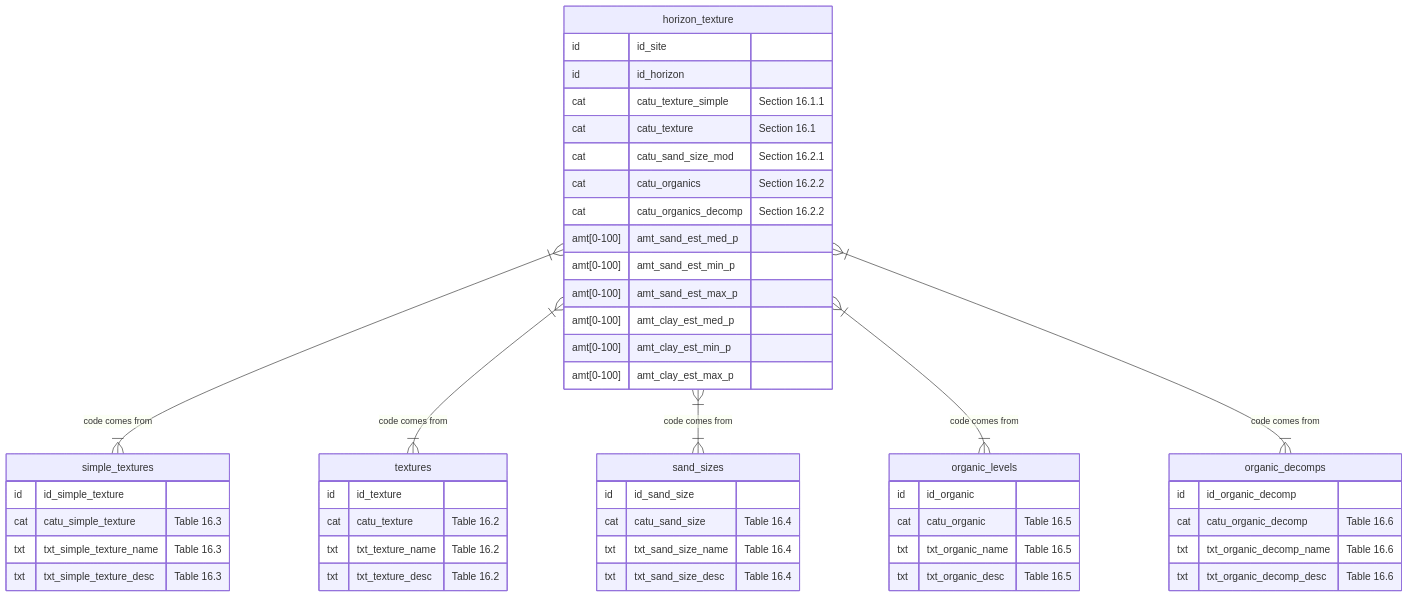
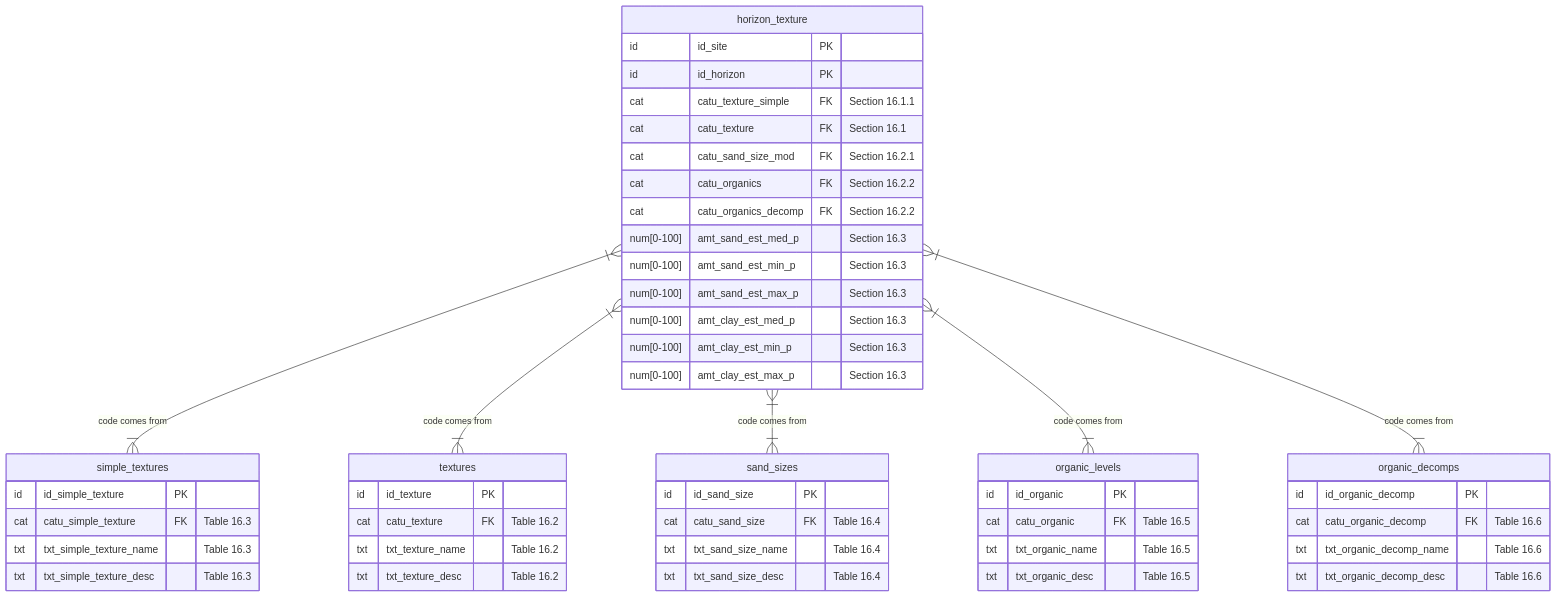
Diagram 15 of 25 in ap_03_database_design.qmd (manaakiwhenua/NZ_soildesc_2024), drawn with Mermaid before and after one commit. The commit also changed other lines of this file, not shown here.

````diff
--- a/ap_03_database_design.qmd
+++ b/ap_03_database_design.qmd
@@ -1061,62 +1071,62 @@
 ```{mermaid}
 %%| fig-cap: "Horizon colour - Details"
 
 %%{ init: { 'er': { 'layoutDirection': 'LR' } } }%%
 erDiagram
   horizon_texture }|--|{ simple_textures : "code comes from"
   horizon_texture }|--|{ textures : "code comes from"
   horizon_texture }|--|{ sand_sizes : "code comes from"
   horizon_texture }|--|{ organic_levels : "code comes from"
   horizon_texture }|--|{ organic_decomps : "code comes from"
   
   horizon_texture {
-    id          id_site
-    id          id_horizon
-    cat         catu_texture_simple     "Section 16.1.1"
-    cat         catu_texture            "Section 16.1"
-    cat         catu_sand_size_mod      "Section 16.2.1"
-    cat         catu_organics           "Section 16.2.2"
-    cat         catu_organics_decomp    "Section 16.2.2"
-    amt[0-100]  amt_sand_est_med_p
-    amt[0-100]  amt_sand_est_min_p
-    amt[0-100]  amt_sand_est_max_p
-    amt[0-100]  amt_clay_est_med_p
-    amt[0-100]  amt_clay_est_min_p
-    amt[0-100]  amt_clay_est_max_p
+    id          id_site PK
+    id          id_horizon PK
+    cat         catu_texture_simple FK    "Section 16.1.1"
+    cat         catu_texture FK           "Section 16.1"
+    cat         catu_sand_size_mod FK     "Section 16.2.1"
+    cat         catu_organics FK          "Section 16.2.2"
+    cat         catu_organics_decomp FK   "Section 16.2.2"
+    num[0-100]  amt_sand_est_med_p        "Section 16.3"
+    num[0-100]  amt_sand_est_min_p        "Section 16.3"
+    num[0-100]  amt_sand_est_max_p        "Section 16.3"
+    num[0-100]  amt_clay_est_med_p        "Section 16.3"
+    num[0-100]  amt_clay_est_min_p        "Section 16.3"
+    num[0-100]  amt_clay_est_max_p        "Section 16.3"
   }
    
   simple_textures {
-    id          id_simple_texture
-    cat         catu_simple_texture     "Table 16.3"
-    txt         txt_simple_texture_name "Table 16.3"
-    txt         txt_simple_texture_desc "Table 16.3"
+    id          id_simple_texture PK
+    cat         catu_simple_texture FK    "Table 16.3"
+    txt         txt_simple_texture_name   "Table 16.3"
+    txt         txt_simple_texture_desc   "Table 16.3"
   } 
 
   textures {
-    id          id_texture
-    cat         catu_texture            "Table 16.2"
-    txt         txt_texture_name        "Table 16.2"
-    txt         txt_texture_desc        "Table 16.2"
+    id          id_texture PK
+    cat         catu_texture FK           "Table 16.2"
+    txt         txt_texture_name          "Table 16.2"
+    txt         txt_texture_desc          "Table 16.2"
   } 
 
   sand_sizes {
-    id          id_sand_size
-    cat         catu_sand_size          "Table 16.4"
-    txt         txt_sand_size_name      "Table 16.4"
-    txt         txt_sand_size_desc      "Table 16.4"
+    id          id_sand_size PK
+    cat         catu_sand_size FK         "Table 16.4"
+    txt         txt_sand_size_name        "Table 16.4"
+    txt         txt_sand_size_desc        "Table 16.4"
   }
 
   organic_levels {
-    id          id_organic
-    cat         catu_organic            "Table 16.5"
-    txt         txt_organic_name        "Table 16.5"
-    txt         txt_organic_desc        "Table 16.5"
+    id          id_organic PK
+    cat         catu_organic FK           "Table 16.5"
+    txt         txt_organic_name          "Table 16.5"
+    txt         txt_organic_desc          "Table 16.5"
   }
   
   organic_decomps {
-    id          id_organic_decomp
-    cat         catu_organic_decomp     "Table 16.6"
-    txt         txt_organic_decomp_name "Table 16.6"
-    txt         txt_organic_decomp_desc "Table 16.6"
+    id          id_organic_decomp PK
+    cat         catu_organic_decomp FK    "Table 16.6"
+    txt         txt_organic_decomp_name   "Table 16.6"
+    txt         txt_organic_decomp_desc   "Table 16.6"
   }
 ```
````
